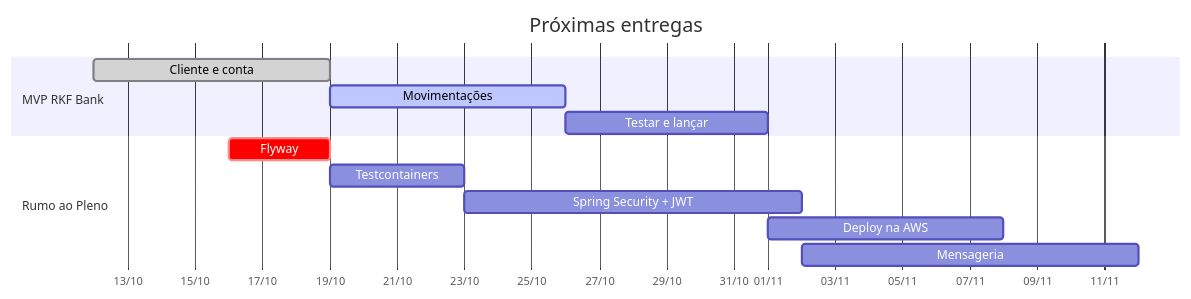
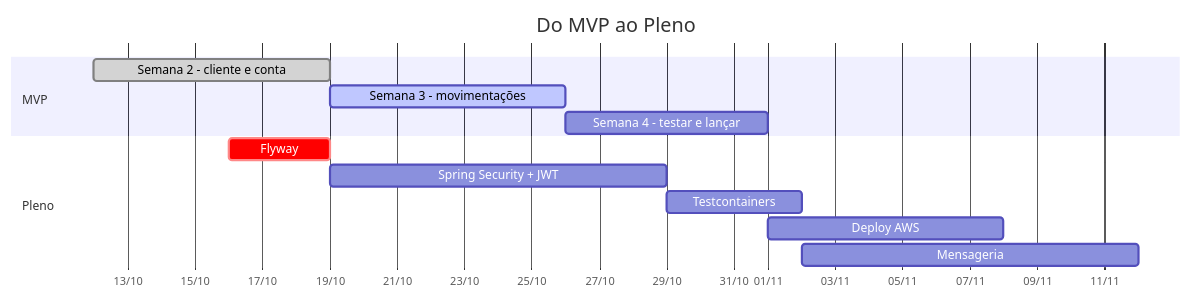
One commit to k3vinrich4rd/k3vinrich4rd changed diagram 11 of 12 in README.md. Above: the diagram before and after it, drawn with Mermaid. The commit also changed other lines of this file and 16 other files, not shown here.

````diff
--- a/README.md
+++ b/README.md
@@ -1167,16 +1269,16 @@
 ```mermaid
 gantt
-    title Próximas entregas
+    title Do MVP ao Pleno
     dateFormat YYYY-MM-DD
     axisFormat %d/%m
-    section MVP RKF Bank
-    Cliente e conta            :done,   s2, 2026-10-12, 7d
-    Movimentações              :active, s3, 2026-10-19, 7d
-    Testar e lançar            :        s4, 2026-10-26, 6d
-    section Rumo ao Pleno
-    Flyway                     :crit,   f1, 2026-10-16, 3d
-    Testcontainers             :        f2, after f1, 4d
-    Spring Security + JWT      :        f3, after f2, 10d
-    Deploy na AWS              :        f4, after s4, 7d
-    Mensageria                 :        f5, after f3, 10d
+    section MVP
+    Semana 2 - cliente e conta        :done,    s2, 2026-10-12, 7d
+    Semana 3 - movimentações          :active,  s3, 2026-10-19, 7d
+    Semana 4 - testar e lançar        :         s4, 2026-10-26, 6d
+    section Pleno
+    Flyway                            :crit,    f1, 2026-10-16, 3d
+    Spring Security + JWT             :         f2, after f1, 10d
+    Testcontainers                    :         f3, after f2, 4d
+    Deploy AWS                        :         f4, after s4, 7d
+    Mensageria                        :         f5, after f3, 10d
 ```
````
